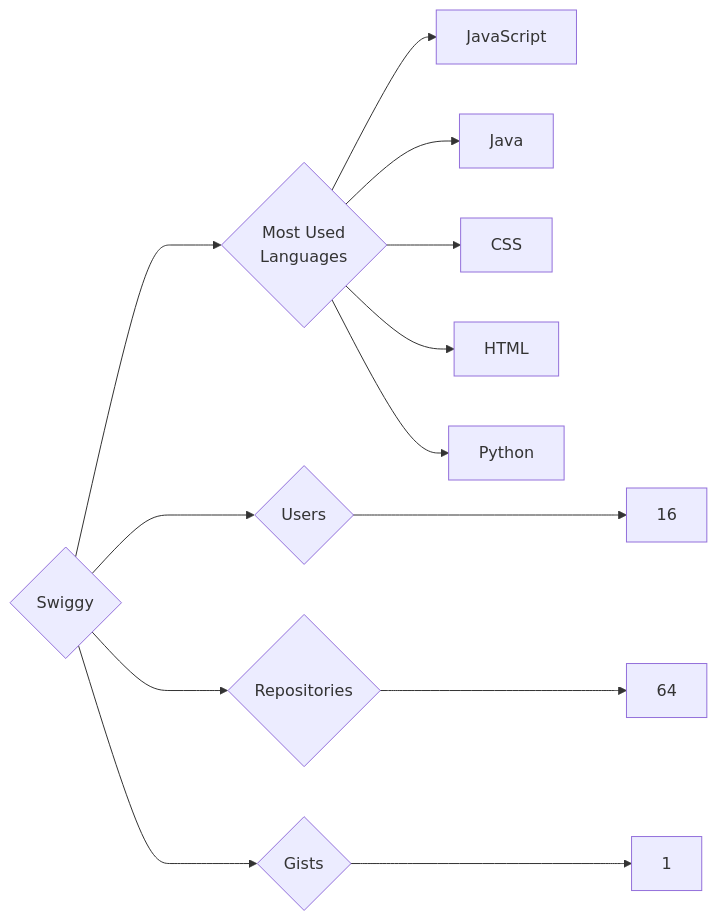
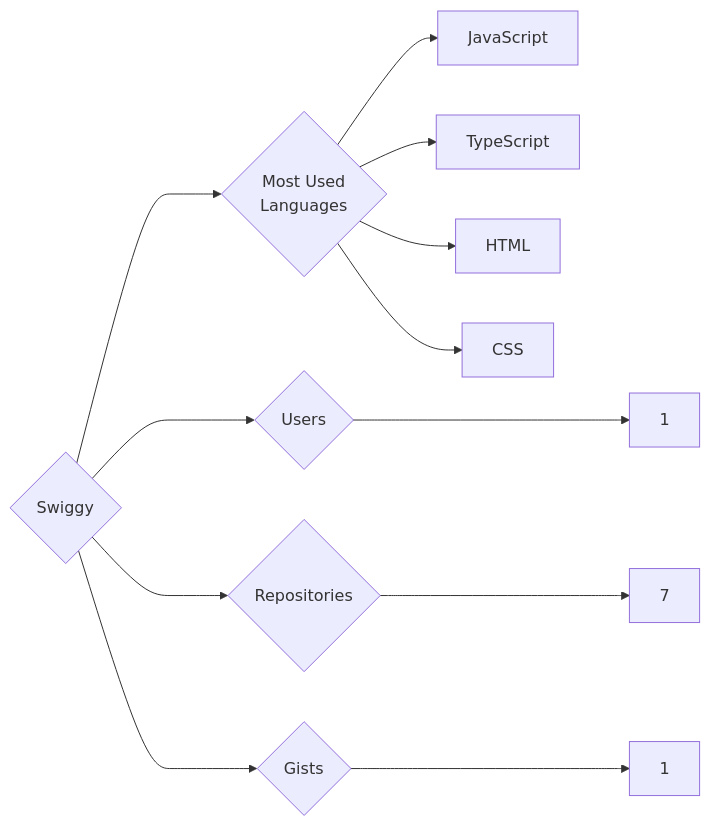
One commit to trickest/insiders changed the diagram in targets/Swiggy/README.md. Above: the diagram before and after it, drawn with Mermaid. The commit also changed 851 other files, not shown here.

````diff
--- a/targets/Swiggy/README.md
+++ b/targets/Swiggy/README.md
@@ -3,13 +3,12 @@
 ```mermaid
 graph LR
 COMPANY_NAME{Swiggy}
-COMPANY_NAME ---> U{Users} ---> UN[16]
-COMPANY_NAME ---> R{Repositories} ---> RN[64]
+COMPANY_NAME ---> U{Users} ---> UN[1]
+COMPANY_NAME ---> R{Repositories} ---> RN[7]
 COMPANY_NAME ---> G{Gists} ---> GN[1]
 COMPANY_NAME ---> ML{Most Used<br>Languages}
 ML --> JavaScript[JavaScript]
-ML --> Java[Java]
+ML --> TypeScript[TypeScript]
+ML --> HTML[HTML]
 ML --> CSS[CSS]
-ML --> HTML[HTML]
-ML --> Python[Python]
 ```
````
